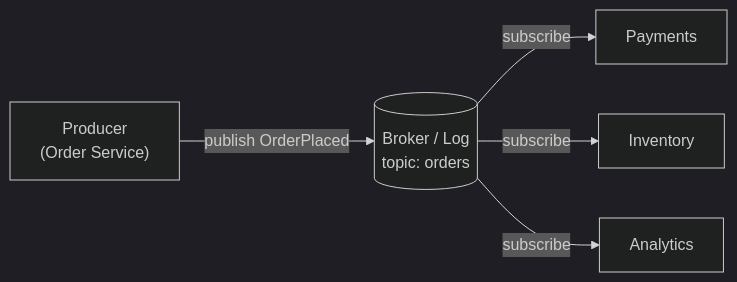
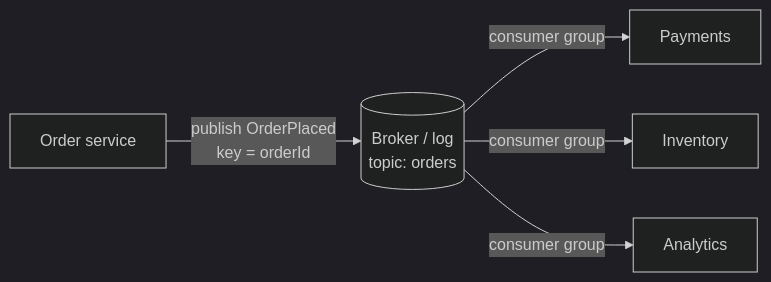
One commit to AndrewAltimit/Documentation changed the eighth of 10 diagrams in github-pages/docs/api-design/async-and-events.md. Above: the diagram before and after it, drawn with Mermaid (dark theme). The commit also changed other lines of this file and 240 other files, not shown here.

````diff
--- a/github-pages/docs/api-design/async-and-events.md
+++ b/github-pages/docs/api-design/async-and-events.md
@@ -277,7 +369,7 @@
 ```mermaid
 flowchart LR
-    P["Producer<br/>(Order Service)"] -->|publish OrderPlaced| B[("Broker / Log<br/>topic: orders")]
-    B -->|subscribe| C1["Payments"]
-    B -->|subscribe| C2["Inventory"]
-    B -->|subscribe| C3["Analytics"]
+    P["Order service"] -->|"publish OrderPlaced<br/>key = orderId"| B[("Broker / log<br/>topic: orders")]
+    B -->|"consumer group"| C1["Payments"]
+    B -->|"consumer group"| C2["Inventory"]
+    B -->|"consumer group"| C3["Analytics"]
 ```
````
